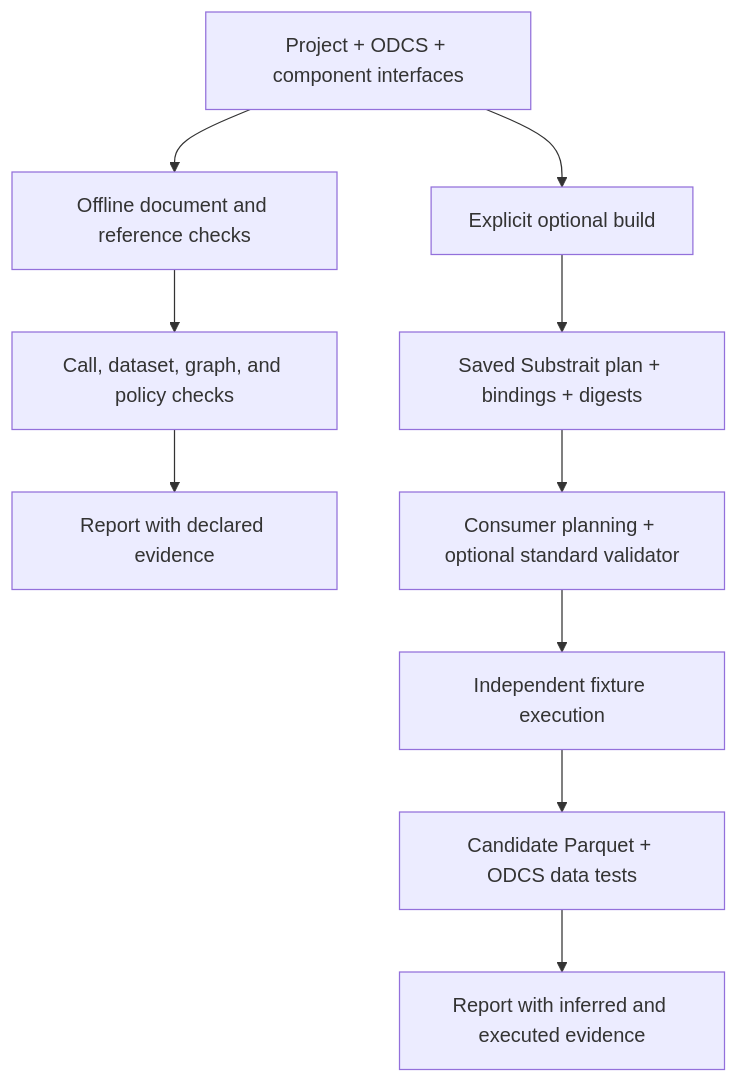
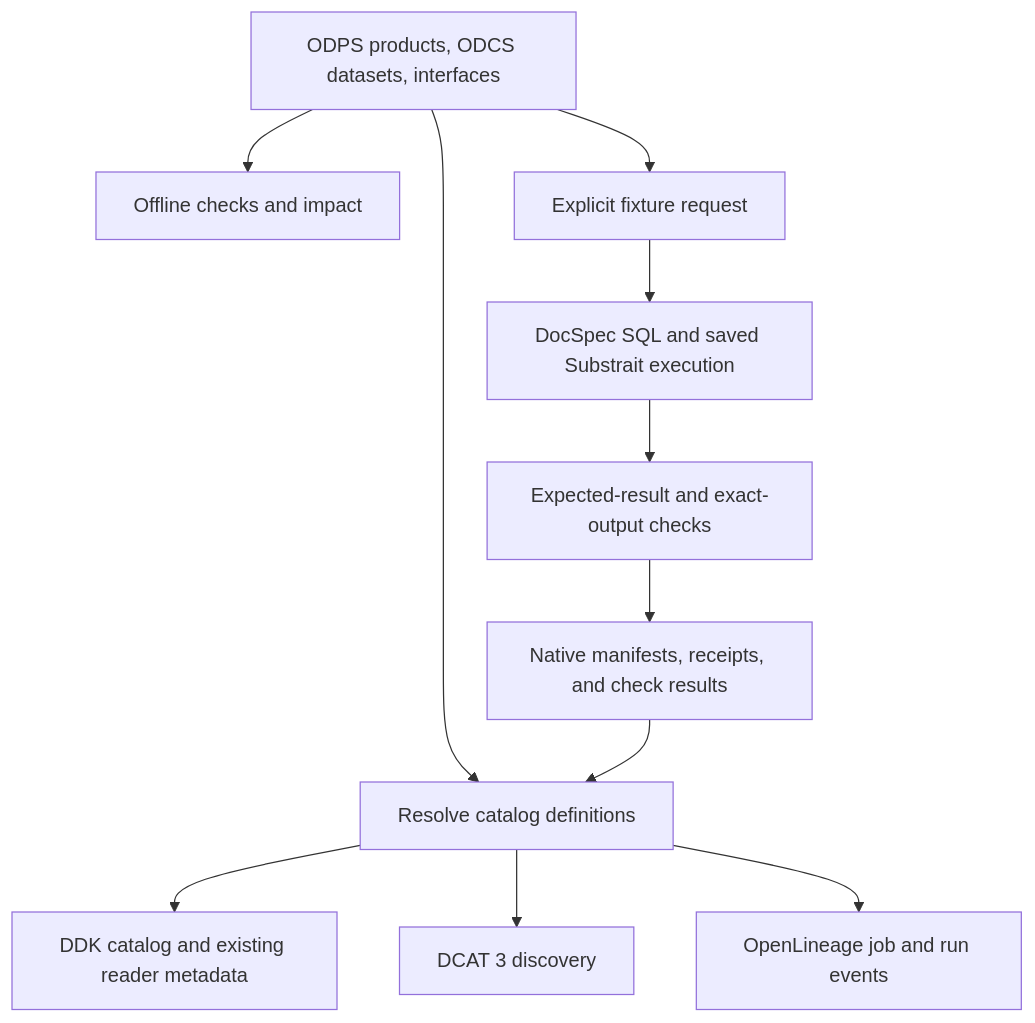
Before and after one commit to mikewolfd/data-design-kit: the first of 2 diagrams in docs/implementation-plan.md, drawn with Mermaid. The commit also changed other lines of this file and 46 other files, not shown here.

````diff
--- a/docs/implementation-plan.md
+++ b/docs/implementation-plan.md
@@ -49,12 +45,13 @@
 ```mermaid
 flowchart TD
-    A[Project + ODCS + component interfaces] --> B[Offline document and reference checks]
-    B --> C[Call, dataset, graph, and policy checks]
-    C --> D[Report with declared evidence]
-    A --> E[Explicit optional build]
-    E --> F[Saved Substrait plan + bindings + digests]
-    F --> G[Consumer planning + optional standard validator]
-    G --> H[Independent fixture execution]
-    H --> I[Candidate Parquet + ODCS data tests]
-    I --> J[Report with inferred and executed evidence]
+    A[ODPS products, ODCS datasets, interfaces] --> B[Offline checks and impact]
+    A --> C[Resolve catalog definitions]
+    D[Native manifests, receipts, and check results] --> C
+    C --> E[DDK catalog and existing reader metadata]
+    C --> F[DCAT 3 discovery]
+    C --> G[OpenLineage job and run events]
+    A --> H[Explicit fixture request]
+    H --> I[DocSpec SQL and saved Substrait execution]
+    I --> J[Expected-result and exact-output checks]
+    J --> D
 ```
````
